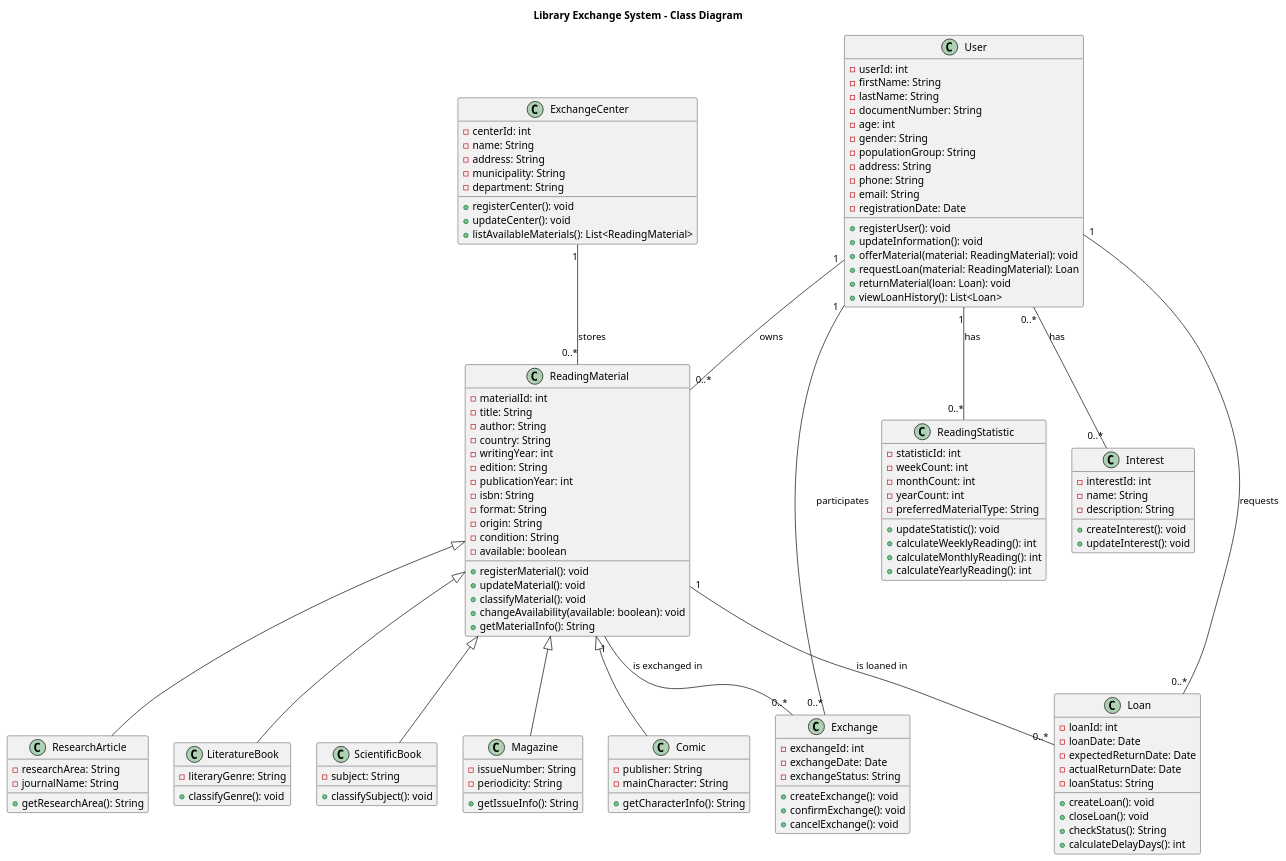
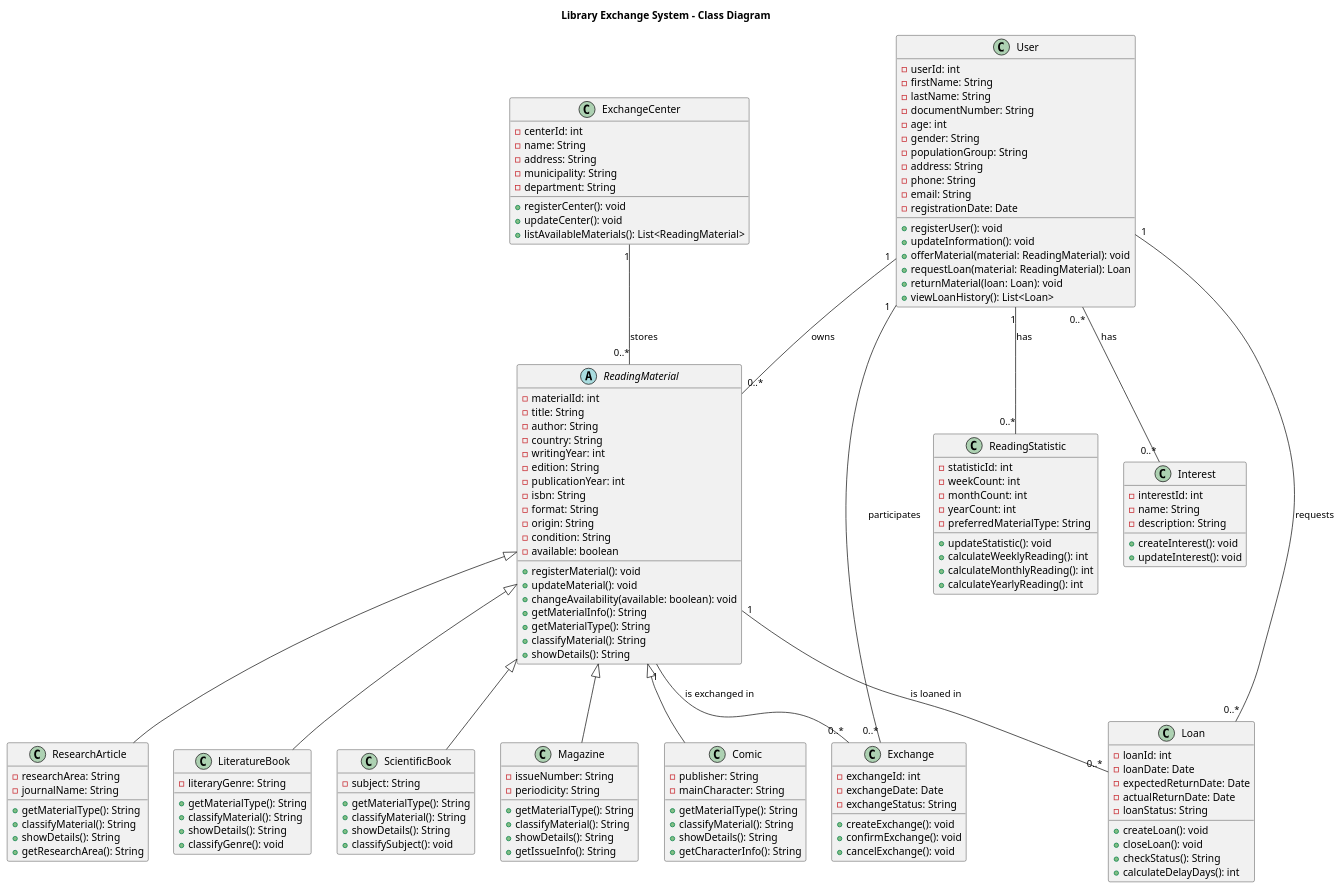
The diagram in diagrams/class-diagram.puml (juanjosegf7/sistema-de-clasificacion-de-textos), drawn with PlantUML before and after one commit. The commit also changed 5 other files, not shown here.

```diff
--- a/diagrams/class-diagram.puml
+++ b/diagrams/class-diagram.puml
@@ -1,140 +1,157 @@
 @startuml
 title Library Exchange System - Class Diagram
 
 class User {
   - userId: int
   - firstName: String
   - lastName: String
   - documentNumber: String
   - age: int
   - gender: String
   - populationGroup: String
   - address: String
   - phone: String
   - email: String
   - registrationDate: Date
   + registerUser(): void
   + updateInformation(): void
   + offerMaterial(material: ReadingMaterial): void
   + requestLoan(material: ReadingMaterial): Loan
   + returnMaterial(loan: Loan): void
   + viewLoanHistory(): List<Loan>
 }
 
 class Interest {
   - interestId: int
   - name: String
   - description: String
   + createInterest(): void
   + updateInterest(): void
 }
 
-class ReadingMaterial {
+abstract class ReadingMaterial {
   - materialId: int
   - title: String
   - author: String
   - country: String
   - writingYear: int
   - edition: String
   - publicationYear: int
   - isbn: String
   - format: String
   - origin: String
   - condition: String
   - available: boolean
   + registerMaterial(): void
   + updateMaterial(): void
-  + classifyMaterial(): void
   + changeAvailability(available: boolean): void
   + getMaterialInfo(): String
+  + getMaterialType(): String
+  + classifyMaterial(): String
+  + showDetails(): String
 }
 
 class LiteratureBook {
   - literaryGenre: String
+  + getMaterialType(): String
+  + classifyMaterial(): String
+  + showDetails(): String
   + classifyGenre(): void
 }
 
 class ScientificBook {
   - subject: String
+  + getMaterialType(): String
+  + classifyMaterial(): String
+  + showDetails(): String
   + classifySubject(): void
 }
 
 class Magazine {
   - issueNumber: String
   - periodicity: String
+  + getMaterialType(): String
+  + classifyMaterial(): String
+  + showDetails(): String
   + getIssueInfo(): String
 }
 
 class Comic {
   - publisher: String
   - mainCharacter: String
+  + getMaterialType(): String
+  + classifyMaterial(): String
+  + showDetails(): String
   + getCharacterInfo(): String
 }
 
 class ResearchArticle {
   - researchArea: String
   - journalName: String
+  + getMaterialType(): String
+  + classifyMaterial(): String
+  + showDetails(): String
   + getResearchArea(): String
 }
 
 class ExchangeCenter {
   - centerId: int
   - name: String
   - address: String
   - municipality: String
   - department: String
   + registerCenter(): void
   + updateCenter(): void
   + listAvailableMaterials(): List<ReadingMaterial>
 }
 
 class Loan {
   - loanId: int
   - loanDate: Date
   - expectedReturnDate: Date
   - actualReturnDate: Date
   - loanStatus: String
   + createLoan(): void
   + closeLoan(): void
   + checkStatus(): String
   + calculateDelayDays(): int
 }
 
 class Exchange {
   - exchangeId: int
   - exchangeDate: Date
   - exchangeStatus: String
   + createExchange(): void
   + confirmExchange(): void
   + cancelExchange(): void
 }
 
 class ReadingStatistic {
   - statisticId: int
   - weekCount: int
   - monthCount: int
   - yearCount: int
   - preferredMaterialType: String
   + updateStatistic(): void
   + calculateWeeklyReading(): int
   + calculateMonthlyReading(): int
   + calculateYearlyReading(): int
 }
 
 User "1" -- "0..*" ReadingMaterial : owns
 User "1" -- "0..*" Loan : requests
 User "1" -- "0..*" Exchange : participates
 User "1" -- "0..*" ReadingStatistic : has
 User "0..*" -- "0..*" Interest : has
 
 ReadingMaterial "1" -- "0..*" Loan : is loaned in
 ReadingMaterial "1" -- "0..*" Exchange : is exchanged in
 ExchangeCenter "1" -- "0..*" ReadingMaterial : stores
 
 ReadingMaterial <|-- LiteratureBook
 ReadingMaterial <|-- ScientificBook
 ReadingMaterial <|-- Magazine
 ReadingMaterial <|-- Comic
 ReadingMaterial <|-- ResearchArticle
 
 @enduml
```
